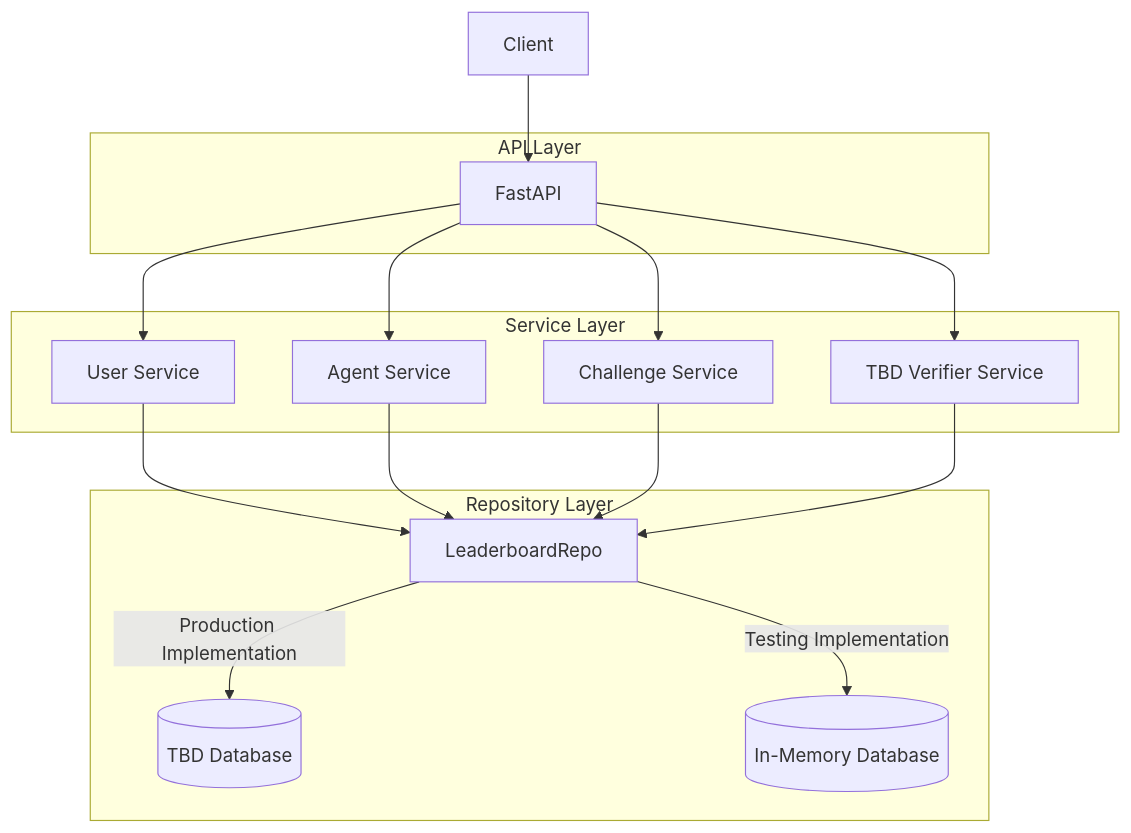
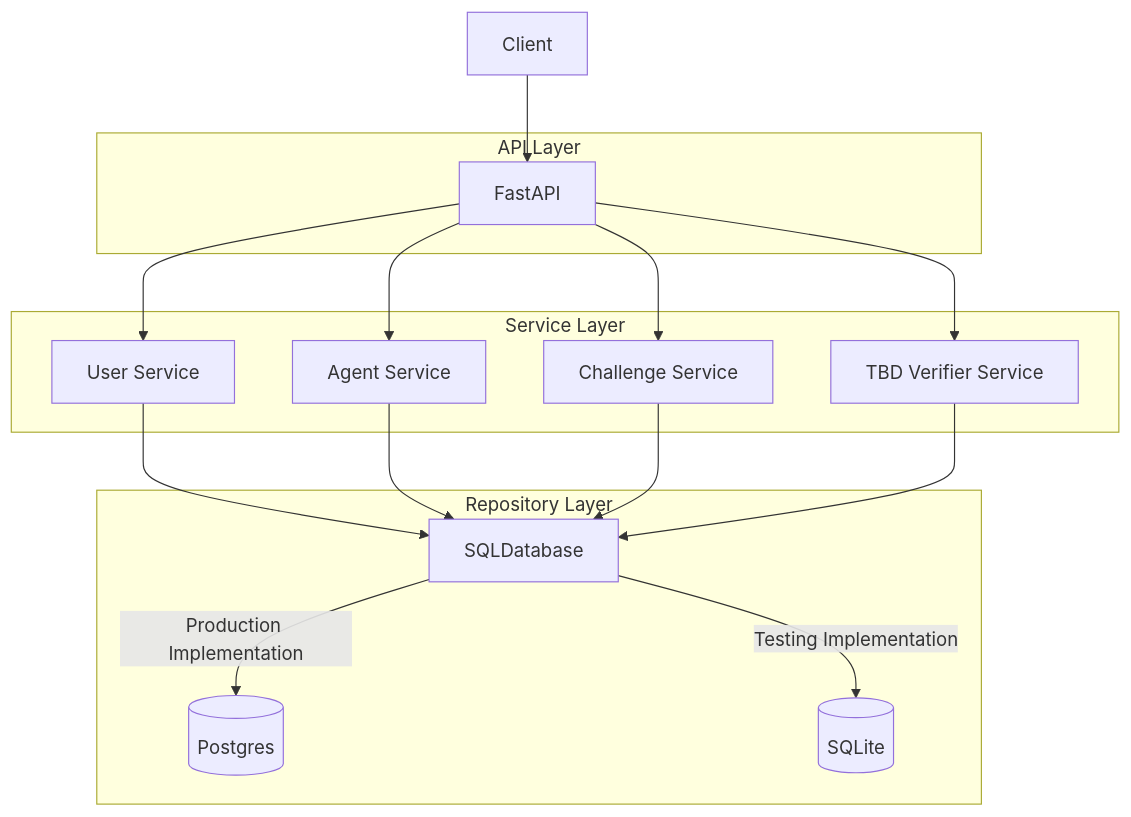
The diagram in sorrydb/leaderboard/README.md (SorryDB/SorryDB), drawn with Mermaid before and after one commit.

Commit message:
doc: update Leaderboard architecture diagram

````diff
--- a/sorrydb/leaderboard/README.md
+++ b/sorrydb/leaderboard/README.md
@@ -7,33 +7,33 @@
 ```mermaid
 flowchart TD
     Client
 
     subgraph API_Layer [API Layer]
         FastAPI
     end
 
     subgraph Service_Layer [Service Layer]
         Challenge[Challenge Service]
         User[User Service]
         Agent[Agent Service]
         Verifier[TBD Verifier Service]
     end
 
     subgraph Repository_Layer [Repository Layer]
-        LeaderboardRepo
-        DB[(TBD Database)]
-        InMemDB[(In-Memory Database)]
+        SQLDatabase
+        DB[(Postgres)]
+        InMemDB[(SQLite)]
     end
 
     Client --> FastAPI
     FastAPI --> Challenge
     FastAPI --> Verifier
     FastAPI --> Agent
     FastAPI --> User
-    User --> LeaderboardRepo
-    Agent --> LeaderboardRepo
-    Challenge --> LeaderboardRepo
-    Verifier --> LeaderboardRepo
-    LeaderboardRepo -->|Production Implementation| DB
-    LeaderboardRepo -->|Testing Implementation| InMemDB
+    User --> SQLDatabase
+    Agent --> SQLDatabase
+    Challenge --> SQLDatabase
+    Verifier --> SQLDatabase
+    SQLDatabase -->|Production Implementation| DB
+    SQLDatabase -->|Testing Implementation| InMemDB
 ```
````
